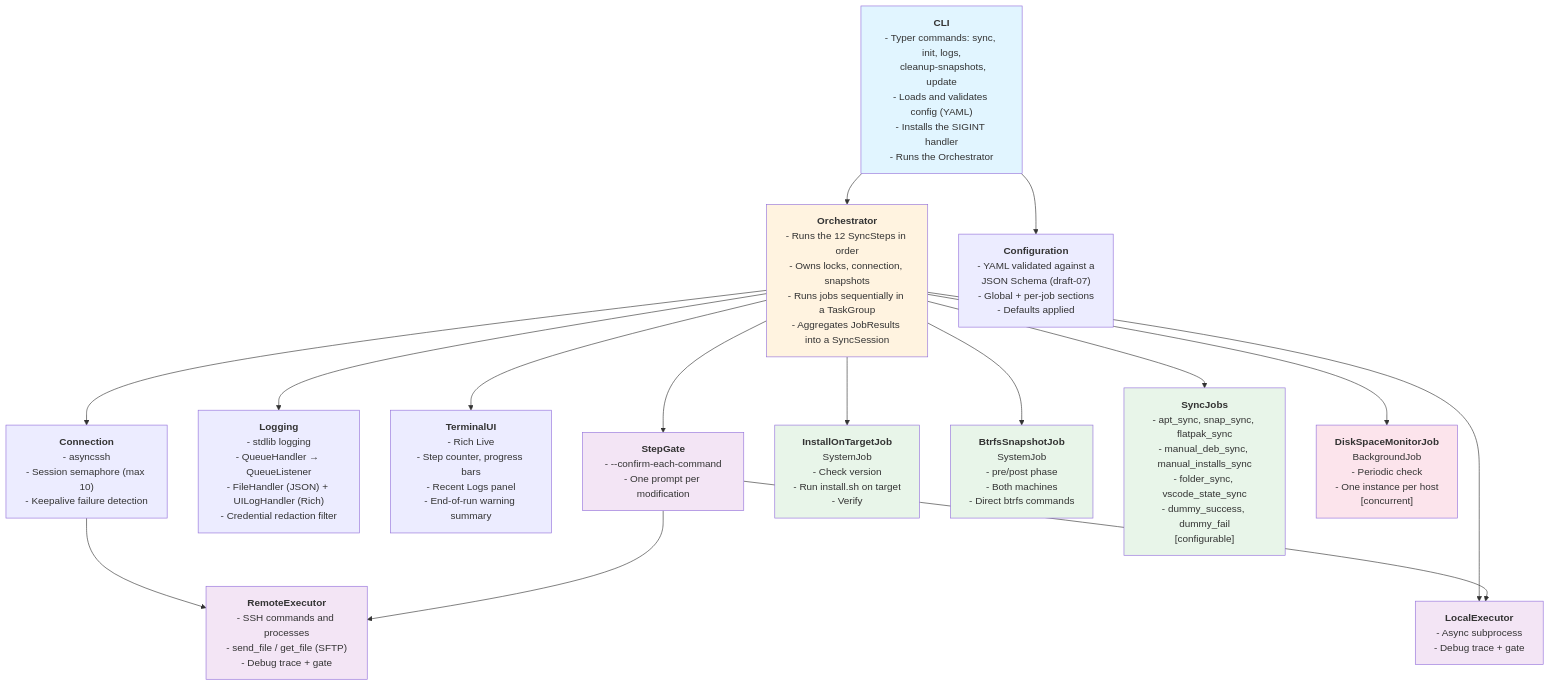
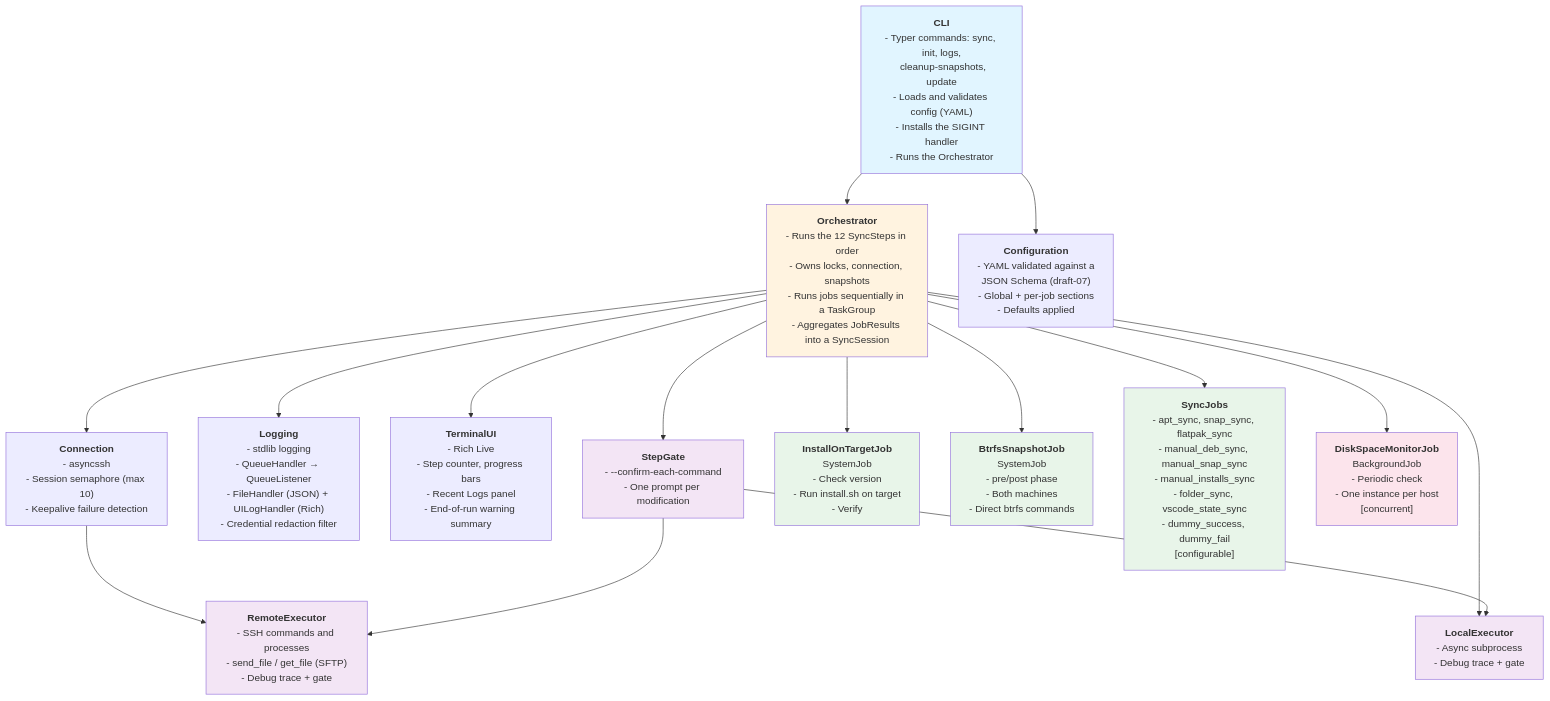
Before and after one commit to flaksit/pc-switcher: the first of 6 diagrams in docs/system/architecture.md, drawn with Mermaid. The commit also changed 11 other files, not shown here.

First line of the commit message:
docs: name manual_snap_sync as the owner of sideloaded snaps

````diff
--- a/docs/system/architecture.md
+++ b/docs/system/architecture.md
@@ -36,53 +36,53 @@
 ```mermaid
 graph TD
     CLI["<b>CLI</b><br/>- Typer commands: sync, init, logs,<br/>  cleanup-snapshots, update<br/>- Loads and validates config (YAML)<br/>- Installs the SIGINT handler<br/>- Runs the Orchestrator"]
 
     Orchestrator["<b>Orchestrator</b><br/>- Runs the 12 SyncSteps in order<br/>- Owns locks, connection, snapshots<br/>- Runs jobs sequentially in a TaskGroup<br/>- Aggregates JobResults into a SyncSession"]
 
     Config["<b>Configuration</b><br/>- YAML validated against a<br/>  JSON Schema (draft-07)<br/>- Global + per-job sections<br/>- Defaults applied"]
 
     Connection["<b>Connection</b><br/>- asyncssh<br/>- Session semaphore (max 10)<br/>- Keepalive failure detection"]
 
     Logging["<b>Logging</b><br/>- stdlib logging<br/>- QueueHandler → QueueListener<br/>- FileHandler (JSON) + UILogHandler (Rich)<br/>- Credential redaction filter"]
 
     TerminalUI["<b>TerminalUI</b><br/>- Rich Live<br/>- Step counter, progress bars<br/>- Recent Logs panel<br/>- End-of-run warning summary"]
 
     StepGate["<b>StepGate</b><br/>- --confirm-each-command<br/>- One prompt per modification"]
 
     LocalExecutor["<b>LocalExecutor</b><br/>- Async subprocess<br/>- Debug trace + gate"]
 
     RemoteExecutor["<b>RemoteExecutor</b><br/>- SSH commands and processes<br/>- send_file / get_file (SFTP)<br/>- Debug trace + gate"]
 
     InstallOnTargetJob["<b>InstallOnTargetJob</b><br/>SystemJob<br/>- Check version<br/>- Run install.sh on target<br/>- Verify"]
 
     BtrfsSnapshotJob["<b>BtrfsSnapshotJob</b><br/>SystemJob<br/>- pre/post phase<br/>- Both machines<br/>- Direct btrfs commands"]
 
-    SyncJobs["<b>SyncJobs</b><br/>- apt_sync, snap_sync, flatpak_sync<br/>- manual_deb_sync, manual_installs_sync<br/>- folder_sync, vscode_state_sync<br/>- dummy_success, dummy_fail<br/>[configurable]"]
+    SyncJobs["<b>SyncJobs</b><br/>- apt_sync, snap_sync, flatpak_sync<br/>- manual_deb_sync, manual_snap_sync<br/>- manual_installs_sync<br/>- folder_sync, vscode_state_sync<br/>- dummy_success, dummy_fail<br/>[configurable]"]
 
     DiskSpaceMonitorJob["<b>DiskSpaceMonitorJob</b><br/>BackgroundJob<br/>- Periodic check<br/>- One instance per host<br/>[concurrent]"]
 
     CLI --> Config
     CLI --> Orchestrator
     Orchestrator --> Connection
     Orchestrator --> Logging
     Orchestrator --> TerminalUI
     Orchestrator --> StepGate
     Orchestrator --> LocalExecutor
     Connection --> RemoteExecutor
     StepGate --> LocalExecutor
     StepGate --> RemoteExecutor
     Orchestrator --> InstallOnTargetJob
     Orchestrator --> BtrfsSnapshotJob
     Orchestrator --> SyncJobs
     Orchestrator --> DiskSpaceMonitorJob
 
     style CLI fill:#e1f5ff
     style Orchestrator fill:#fff3e0
     style LocalExecutor fill:#f3e5f5
     style RemoteExecutor fill:#f3e5f5
     style StepGate fill:#f3e5f5
     style InstallOnTargetJob fill:#e8f5e9
     style BtrfsSnapshotJob fill:#e8f5e9
     style SyncJobs fill:#e8f5e9
     style DiskSpaceMonitorJob fill:#fce4ec
 ```
````
